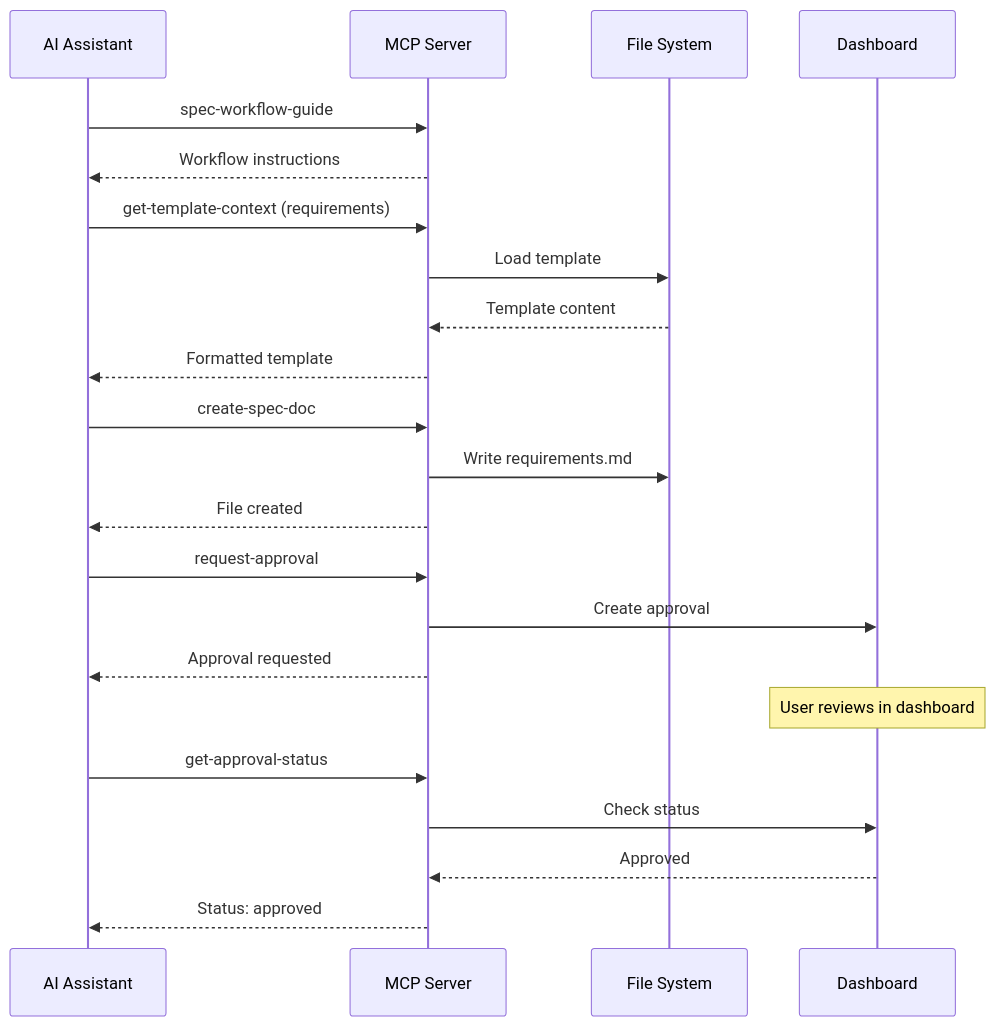
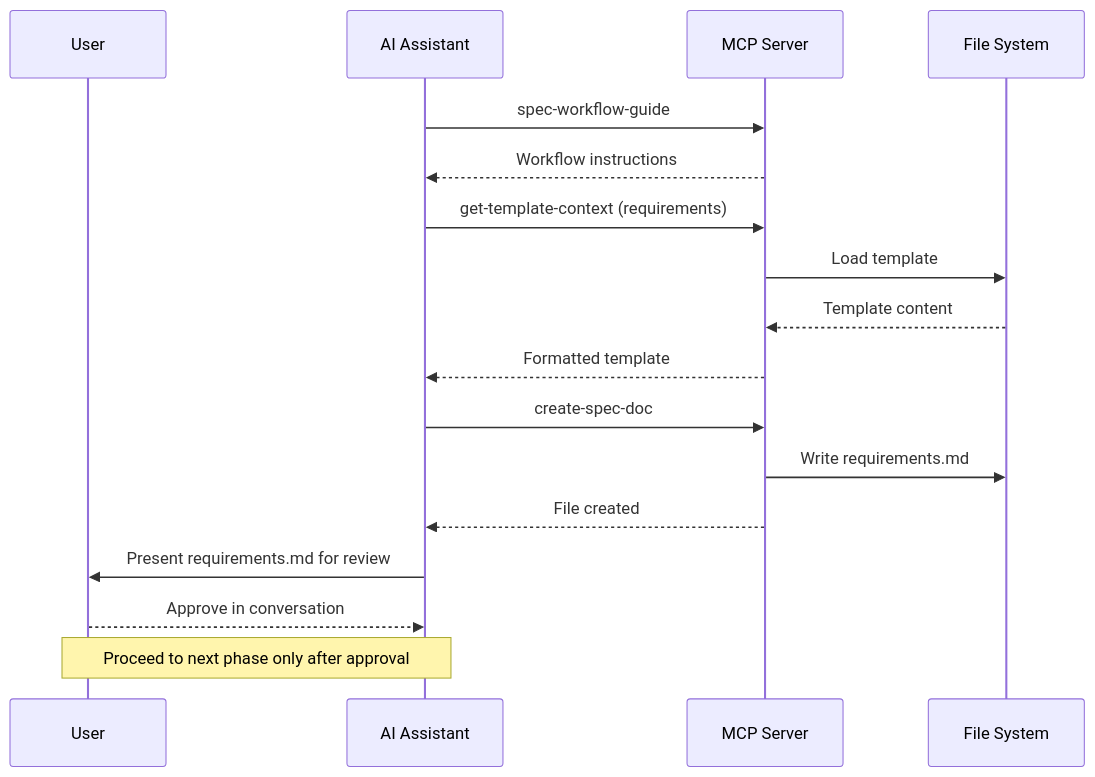
One commit to sana3419/spec-workflow-mcp changed the third of 4 diagrams in docs/technical-documentation/architecture.md. Above: the diagram before and after it, drawn with Mermaid. The commit also changed other lines of this file and 26 other files, not shown here.

First line of the commit message:
docs: rewrite for Codex + auto-loop + in-conversation approval

````diff
--- a/docs/technical-documentation/architecture.md
+++ b/docs/technical-documentation/architecture.md
@@ -287,30 +281,24 @@
 ```mermaid
 sequenceDiagram
+    participant USER as User
     participant AI as AI Assistant
     participant MCP as MCP Server
     participant FS as File System
-    participant DASH as Dashboard
     
     AI->>MCP: spec-workflow-guide
     MCP-->>AI: Workflow instructions
     
     AI->>MCP: get-template-context (requirements)
     MCP->>FS: Load template
     FS-->>MCP: Template content
     MCP-->>AI: Formatted template
     
     AI->>MCP: create-spec-doc
     MCP->>FS: Write requirements.md
     MCP-->>AI: File created
     
-    AI->>MCP: request-approval
-    MCP->>DASH: Create approval
-    MCP-->>AI: Approval requested
+    AI->>USER: Present requirements.md for review
+    USER-->>AI: Approve in conversation
     
-    Note over DASH: User reviews in dashboard
-    
-    AI->>MCP: get-approval-status
-    MCP->>DASH: Check status
-    DASH-->>MCP: Approved
-    MCP-->>AI: Status: approved
+    Note over AI,USER: Proceed to next phase only after approval
 ```
````
